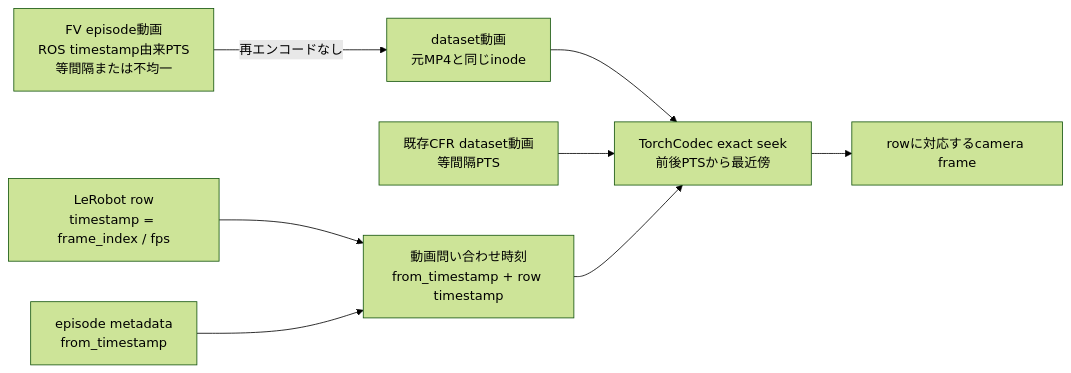
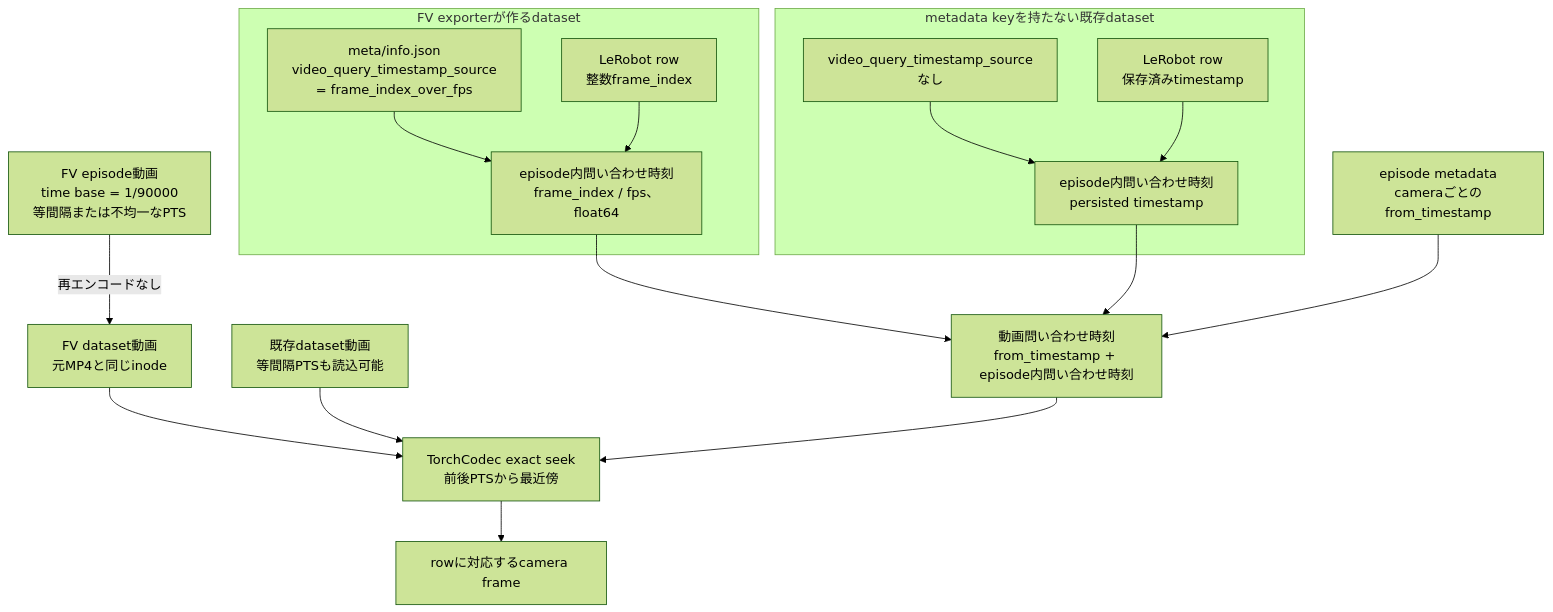
Before and after one commit to takatronix/fluent_vision_ros2: the tenth of 11 diagrams in src/streaming/fv_lerobot_exporter/docs/lerobot_dataset_export.md, drawn with Mermaid (forest theme). The commit also changed other lines of this file and 21 other files, not shown here.

````diff
--- a/src/streaming/fv_lerobot_exporter/docs/lerobot_dataset_export.md
+++ b/src/streaming/fv_lerobot_exporter/docs/lerobot_dataset_export.md
@@ -584,17 +754,34 @@
 ```mermaid
-flowchart LR
-    SOURCE["FV episode動画<br/>ROS timestamp由来PTS<br/>等間隔または不均一"]
-    CFRVIDEO["既存CFR dataset動画<br/>等間隔PTS"]
-    HARDLINK["dataset動画<br/>元MP4と同じinode"]
-    ROW["LeRobot row<br/>timestamp = frame_index / fps"]
-    OFFSET["episode metadata<br/>from_timestamp"]
-    QUERY["動画問い合わせ時刻<br/>from_timestamp + row timestamp"]
+flowchart TB
+    subgraph FVQUERY["FV exporterが作るdataset"]
+        FVMETA["meta/info.json<br/>video_query_timestamp_source<br/>= frame_index_over_fps"]
+        FVROW["LeRobot row<br/>整数frame_index"]
+        FVLOCAL["episode内問い合わせ時刻<br/>frame_index / fps、float64"]
+        FVMETA --> FVLOCAL
+        FVROW --> FVLOCAL
+    end
+
+    subgraph LEGACYQUERY["metadata keyを持たない既存dataset"]
+        LEGACYMETA["video_query_timestamp_sourceなし"]
+        LEGACYROW["LeRobot row<br/>保存済みtimestamp"]
+        LEGACYLOCAL["episode内問い合わせ時刻<br/>persisted timestamp"]
+        LEGACYMETA --> LEGACYLOCAL
+        LEGACYROW --> LEGACYLOCAL
+    end
+
+    OFFSET["episode metadata<br/>cameraごとのfrom_timestamp"]
+    QUERY["動画問い合わせ時刻<br/>from_timestamp + episode内問い合わせ時刻"]
+    FVLOCAL --> QUERY
+    LEGACYLOCAL --> QUERY
+    OFFSET --> QUERY
+
+    SOURCE["FV episode動画<br/>time base = 1/90000<br/>等間隔または不均一なPTS"]
+    CFRVIDEO["既存dataset動画<br/>等間隔PTSも読込可能"]
+    HARDLINK["FV dataset動画<br/>元MP4と同じinode"]
     DECODER["TorchCodec exact seek<br/>前後PTSから最近傍"]
     FRAME["rowに対応するcamera frame"]
 
     SOURCE -->|"再エンコードなし"| HARDLINK --> DECODER
     CFRVIDEO --> DECODER
-    ROW --> QUERY
-    OFFSET --> QUERY
     QUERY --> DECODER --> FRAME
 ```
````
